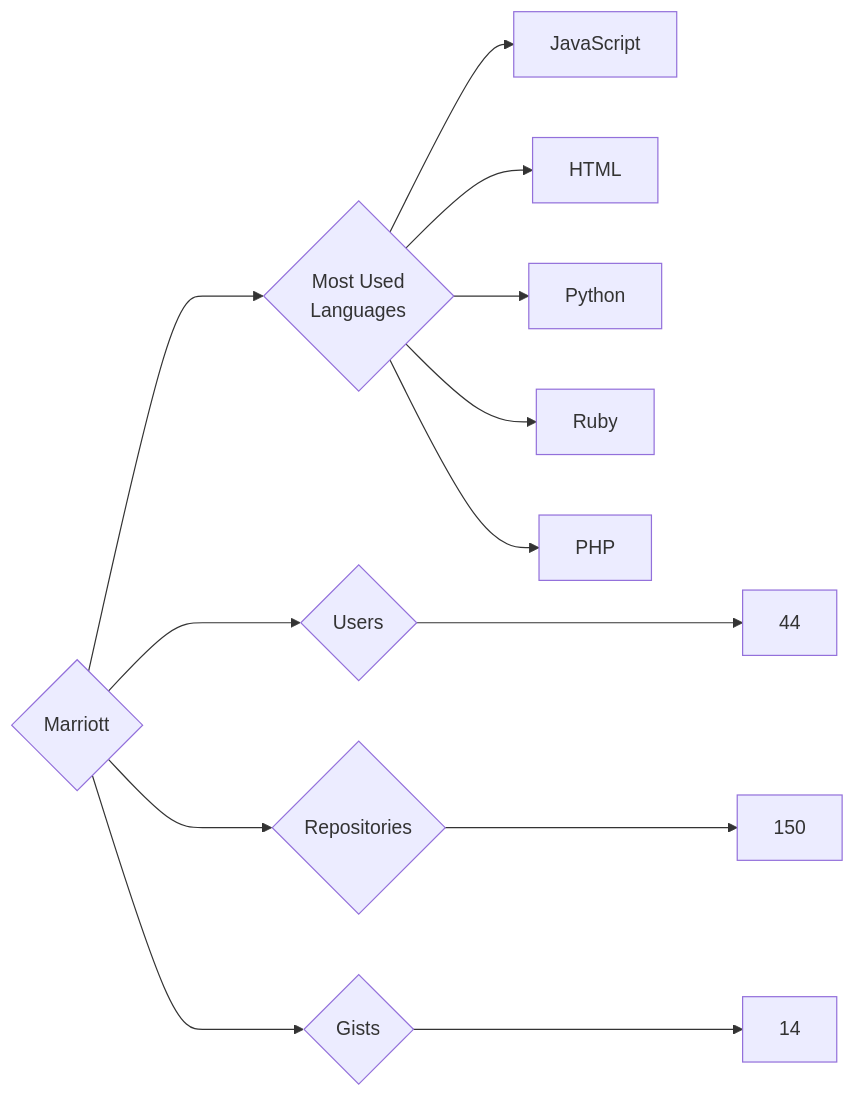
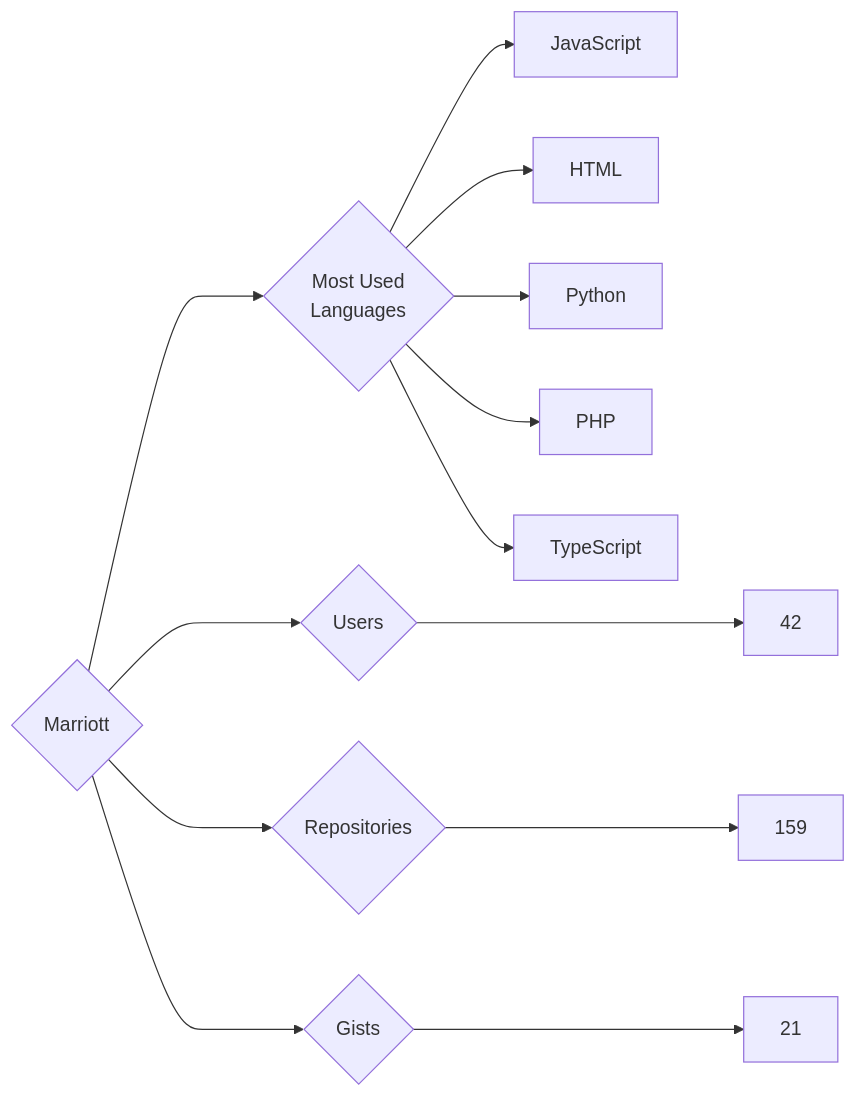
The diagram in targets/Marriott/README.md (trickest/insiders), drawn with Mermaid before and after one commit. The commit also changed 953 other files, not shown here.

````diff
--- a/targets/Marriott/README.md
+++ b/targets/Marriott/README.md
@@ -3,13 +3,13 @@
 ```mermaid
 graph LR
 COMPANY_NAME{Marriott}
-COMPANY_NAME ---> U{Users} ---> UN[44]
-COMPANY_NAME ---> R{Repositories} ---> RN[150]
-COMPANY_NAME ---> G{Gists} ---> GN[14]
+COMPANY_NAME ---> U{Users} ---> UN[42]
+COMPANY_NAME ---> R{Repositories} ---> RN[159]
+COMPANY_NAME ---> G{Gists} ---> GN[21]
 COMPANY_NAME ---> ML{Most Used<br>Languages}
 ML --> JavaScript[JavaScript]
 ML --> HTML[HTML]
 ML --> Python[Python]
-ML --> Ruby[Ruby]
 ML --> PHP[PHP]
+ML --> TypeScript[TypeScript]
 ```
````
